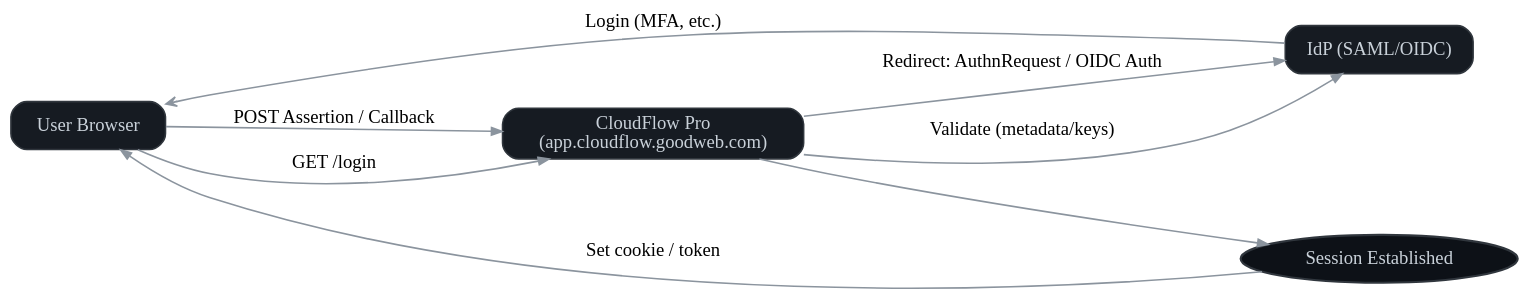
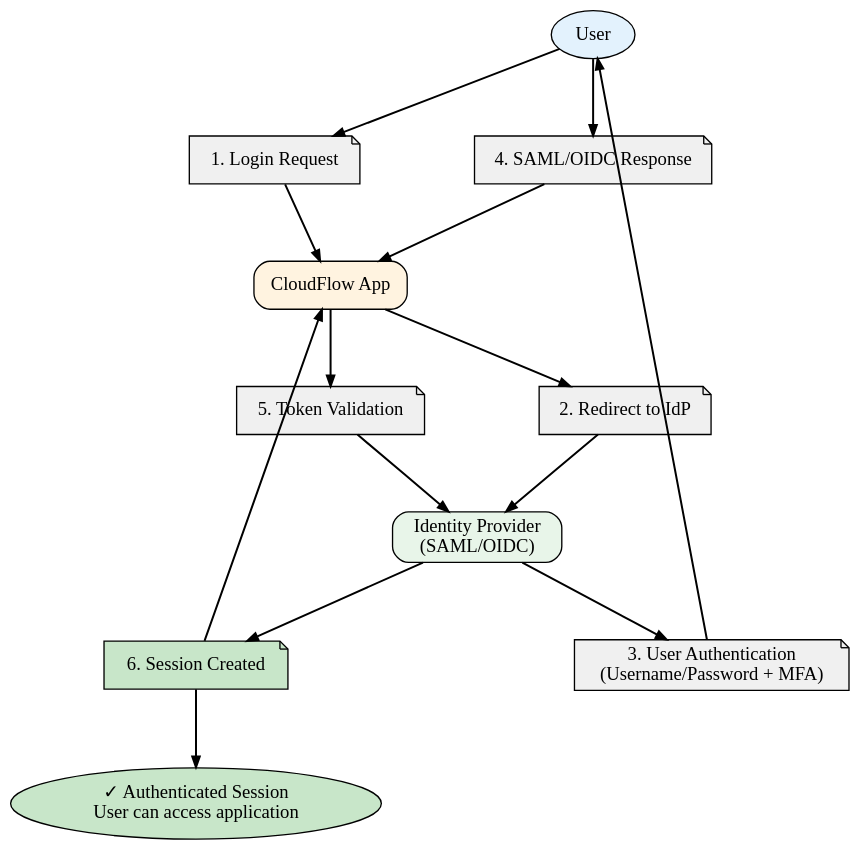
The diagram in software-guides/img/sso-flow.dot (KorayErkan/tw-portfolio), drawn with Graphviz before and after one commit. The commit also changed 16 other files, not shown here.

Commit message:
Updated the Graphviz graphics files

```diff
--- a/software-guides/img/sso-flow.dot
+++ b/software-guides/img/sso-flow.dot
@@ -1,18 +1,37 @@
 digraph G {
-  graph [rankdir=LR, splines=true, bgcolor="transparent", nodesep=0.6, ranksep=0.9];
-  node  [shape=rounded, style="filled,rounded", fillcolor="#161b22", color="#30363d", fontcolor="#c9d1d9", penwidth=1.2];
-  edge  [color="#8b949e", arrowsize=0.8, penwidth=1.2];
+  graph [rankdir=TB, splines=false, bgcolor="transparent", nodesep=1.2, ranksep=0.8];
+  node [shape=box, style="rounded,filled", fontname="Calibri", fontsize=14];
+  edge [arrowsize=0.8, penwidth=1.5, fontname="Calibri", fontsize=14];
 
-  user    [label="User Browser"];
-  app     [label="CloudFlow Pro\n(app.cloudflow.goodweb.com)"];
-  idp     [label="IdP (SAML/OIDC)"];
-  session [label="Session Established", shape=ellipse, fillcolor="#0d1117", penwidth=1.6];
+  // Actors at the top
+  user [label="User", fillcolor="#e3f2fd", shape=ellipse];
+  app [label="CloudFlow App", fillcolor="#fff3e0"];
+  idp [label="Identity Provider\n(SAML/OIDC)", fillcolor="#e8f5e9"];
 
-  user -> app   [label="GET /login"];
-  app  -> idp   [label="Redirect: AuthnRequest / OIDC Auth"];
-  idp  -> user  [label="Login (MFA, etc.)", dir=both, arrowhead=vee, arrowtail=none];
-  user -> app   [label="POST Assertion / Callback"];
-  app  -> idp   [label="Validate (metadata/keys)"];
-  app  -> session;
-  session -> user [label="Set cookie / token"];
+  // Sequence steps - top to bottom
+  step1 [label="1. Login Request", fillcolor="#f0f0f0", shape=note];
+  step2 [label="2. Redirect to IdP", fillcolor="#f0f0f0", shape=note];
+  step3 [label="3. User Authentication\n(Username/Password + MFA)", fillcolor="#f0f0f0", shape=note];
+  step4 [label="4. SAML/OIDC Response", fillcolor="#f0f0f0", shape=note];
+  step5 [label="5. Token Validation", fillcolor="#f0f0f0", shape=note];
+  step6 [label="6. Session Created", fillcolor="#c8e6c9", shape=note];
+
+  // Flow connections
+  user -> step1;
+  step1 -> app;
+  app -> step2;
+  step2 -> idp;
+  idp -> step3;
+  step3 -> user;
+  user -> step4;
+  step4 -> app;
+  app -> step5;
+  step5 -> idp;
+  idp -> step6;
+  step6 -> app;
+
+  // Result
+  success [label="✓ Authenticated Session\nUser can access application",
+           fillcolor="#c8e6c9", shape=ellipse];
+  step6 -> success;
 }
```
